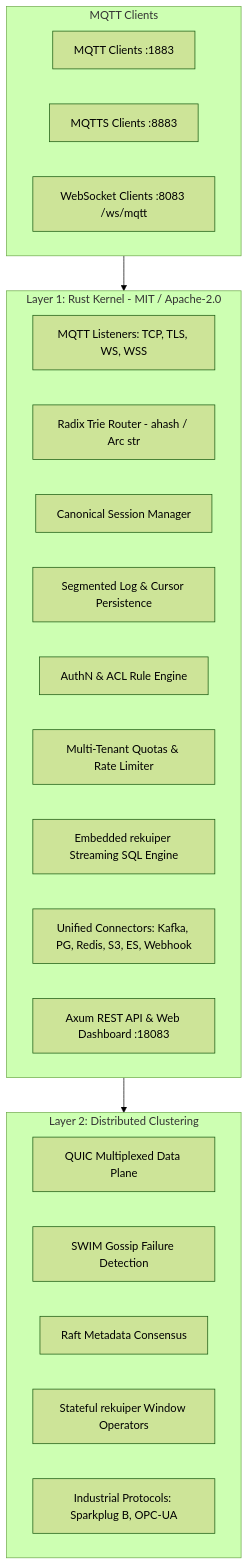
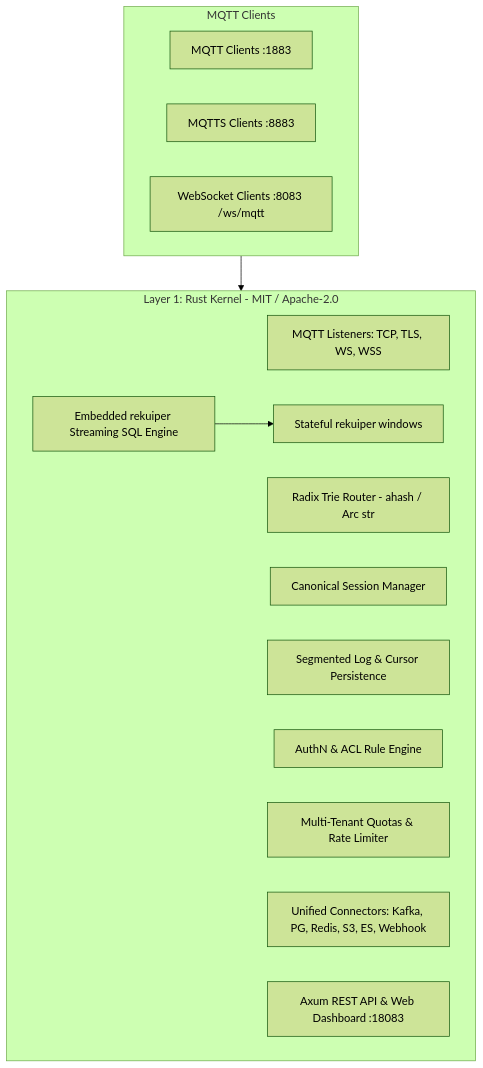
One commit to Indus-Stack/indramqtt changed the first of 3 diagrams in ARCHITECTURE.md. Above: the diagram before and after it, drawn with Mermaid (forest theme). The commit also changed other lines of this file and 7 other files, not shown here.

````diff
--- a/ARCHITECTURE.md
+++ b/ARCHITECTURE.md
@@ -24,31 +24,23 @@
 ```mermaid
 graph TB
     subgraph Clients[MQTT Clients]
         TCP_CLI[MQTT Clients :1883]
         TLS_CLI[MQTTS Clients :8883]
         WS_CLI[WebSocket Clients :8083 /ws/mqtt]
     end
 
     subgraph Core[Layer 1: Rust Kernel - MIT / Apache-2.0]
         LISTEN[MQTT Listeners: TCP, TLS, WS, WSS]
         ROUTER[Radix Trie Router - ahash / Arc str]
         SESSION[Canonical Session Manager]
         STORAGE[Segmented Log & Cursor Persistence]
         AUTH[AuthN & ACL Rule Engine]
         QUOTA[Multi-Tenant Quotas & Rate Limiter]
         SQL[Embedded rekuiper Streaming SQL Engine]
         CONNECTORS[Unified Connectors: Kafka, PG, Redis, S3, ES, Webhook]
         REST[Axum REST API & Web Dashboard :18083]
-    end
-
-    subgraph Enterprise[Layer 2: Distributed Clustering]
-        QUIC[QUIC Multiplexed Data Plane]
-        SWIM[SWIM Gossip Failure Detection]
-        RAFT[Raft Metadata Consensus]
-        WINDOWS[Stateful rekuiper Window Operators]
-        INDUSTRIAL[Industrial Protocols: Sparkplug B, OPC-UA]
+        SQL --> WINDOWS[Stateful rekuiper windows]
     end
 
     Clients --> Core
-    Core --> Enterprise
 ```
````
